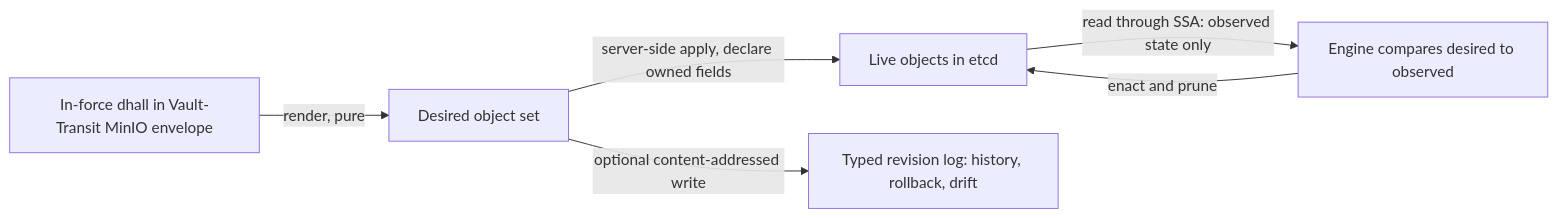
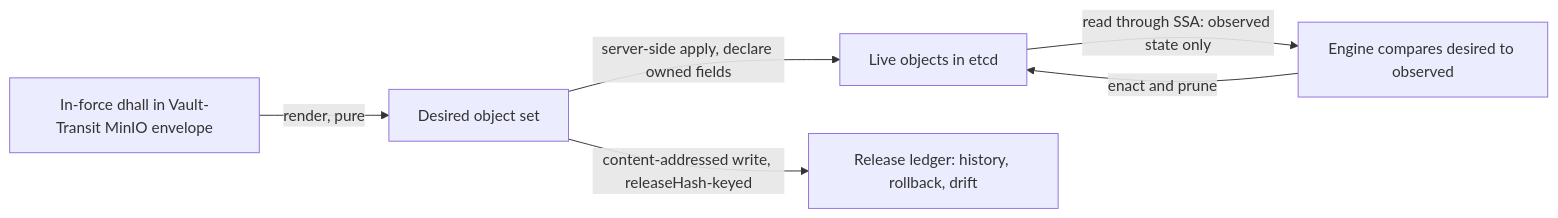
Before and after one commit to Tuee22/amoebius: the fourth of 4 diagrams in documents/engineering/manifest_generation_doctrine.md, drawn with Mermaid. The commit also changed other lines of this file and 16 other files, not shown here.

````diff
--- a/documents/engineering/manifest_generation_doctrine.md
+++ b/documents/engineering/manifest_generation_doctrine.md
@@ -296,8 +369,8 @@
 ```mermaid
 flowchart LR
   dhall[In-force dhall in Vault-Transit MinIO envelope] -->|render, pure| desired[Desired object set]
   desired -->|server-side apply, declare owned fields| live[Live objects in etcd]
   live -->|read through SSA: observed state only| diff[Engine compares desired to observed]
   diff -->|enact and prune| live
-  desired -->|optional content-addressed write| log[Typed revision log: history, rollback, drift]
+  desired -->|content-addressed write, releaseHash-keyed| log[Release ledger: history, rollback, drift]
 ```
````
